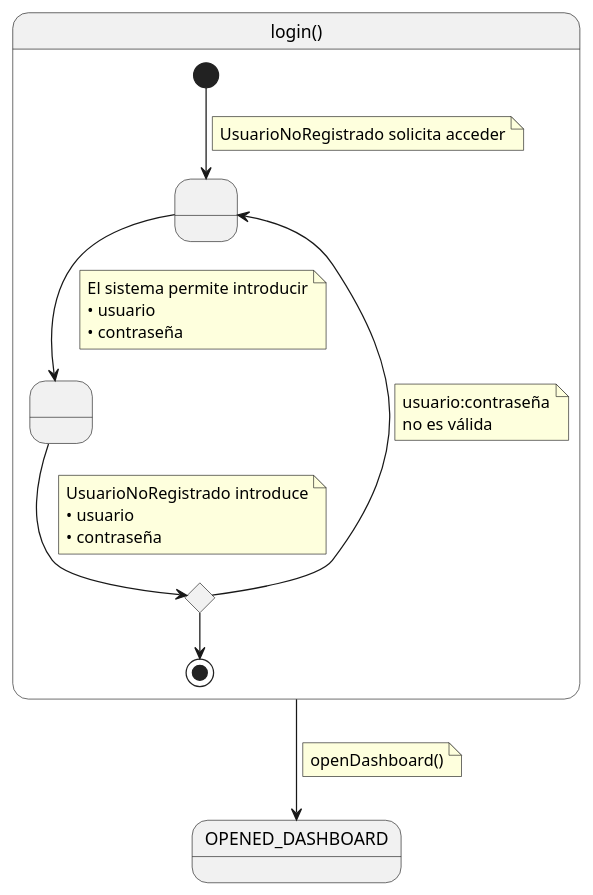
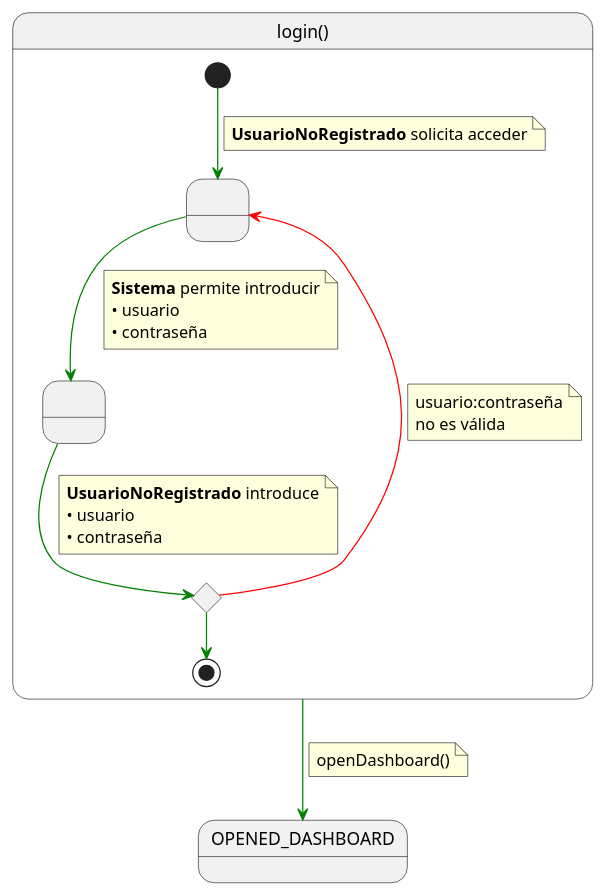
One commit to Hexcss/scheduler changed the diagram in zzzTemp/ejemploDetalleCasoDeUso.puml. Above: the diagram before and after it, drawn with PlantUML. The commit also changed 1 other file, not shown here.

```diff
--- a/zzzTemp/ejemploDetalleCasoDeUso.puml
+++ b/zzzTemp/ejemploDetalleCasoDeUso.puml
@@ -1,42 +1,42 @@
 @startuml
 
 state login as "login()" {
 
     state " " as RequiringCredentials
     state " " as ProvidingCredentials
     state c <<choice>>
 
-    [*] --> RequiringCredentials 
+    [*] -[#green]-> RequiringCredentials 
     note on link
-    UsuarioNoRegistrado solicita acceder
+    <b>UsuarioNoRegistrado</b> solicita acceder
     end note    
     
-    RequiringCredentials --> ProvidingCredentials
+    RequiringCredentials -[#green]-> ProvidingCredentials
     note on link
-    El sistema permite introducir
+    <b>Sistema</b> permite introducir
     • usuario
     • contraseña
     end note
     
-    ProvidingCredentials --> c
+    ProvidingCredentials -[#green]-> c
     note on link
-    UsuarioNoRegistrado introduce
+    <b>UsuarioNoRegistrado</b> introduce
     • usuario
     • contraseña
     end note
     
-    c --> RequiringCredentials
+    c -[#red]-> RequiringCredentials
     note on link
     usuario:contraseña
     no es válida
     end note
 
-    c --> [*]
+    c -[#green]-> [*]
 }
 
-login --> OPENED_DASHBOARD
+login -[#green]-> OPENED_DASHBOARD
 note on link
 openDashboard()
 end note
 
 @enduml
```
